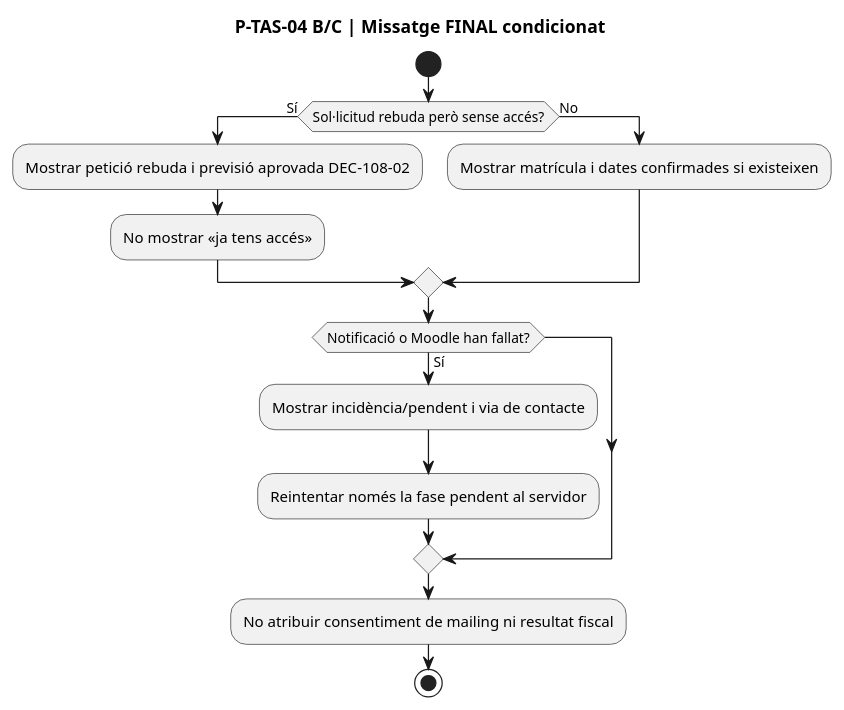
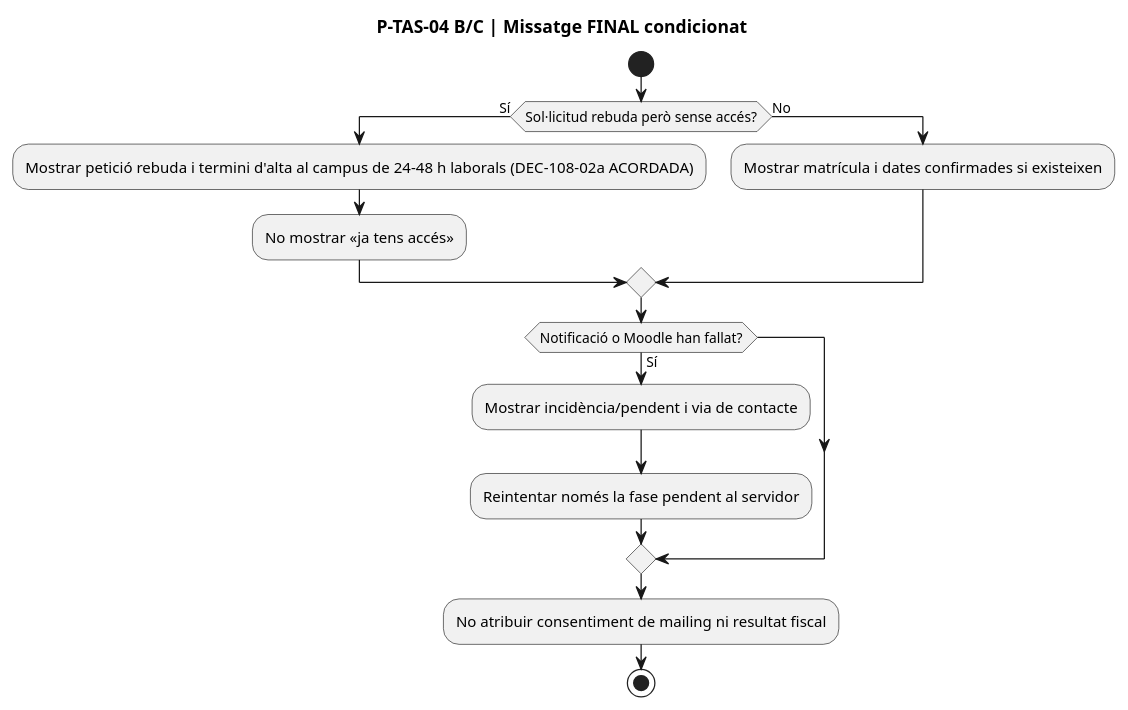
Before and after one commit to orgmeriemprismacat-del/verifactu: diagram 32 of 32 in documentacio/07-uml-integrat/uc-108-activitats-pagines-tastets-actual-final.md, drawn with PlantUML. The commit also changed other lines of this file, not shown here.

Commit message:
docs: agree 24–48 working hours for UC-108 campus enrollment, not immediate access

````diff
--- a/documentacio/07-uml-integrat/uc-108-activitats-pagines-tastets-actual-final.md
+++ b/documentacio/07-uml-integrat/uc-108-activitats-pagines-tastets-actual-final.md
@@ -771,18 +771,18 @@
 ```plantuml
 @startuml
 title P-TAS-04 B/C | Missatge FINAL condicionat
 start
 if (Sol·licitud rebuda però sense accés?) then (Sí)
-  :Mostrar petició rebuda i previsió aprovada DEC-108-02;
+  :Mostrar petició rebuda i termini d'alta al campus de 24–48 h laborals (DEC-108-02a ACORDADA);
   :No mostrar «ja tens accés»;
 else (No)
   :Mostrar matrícula i dates confirmades si existeixen;
 endif
 if (Notificació o Moodle han fallat?) then (Sí)
   :Mostrar incidència/pendent i via de contacte;
   :Reintentar només la fase pendent al servidor;
 endif
 :No atribuir consentiment de mailing ni resultat fiscal;
 stop
 @enduml
 ```
````
